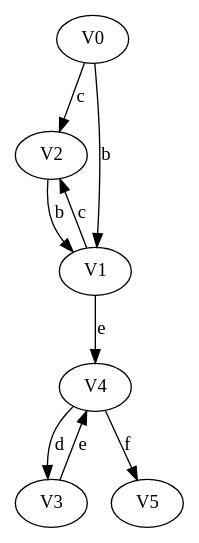
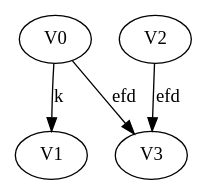
One commit to ermsharo/EP_GRAFO_PONDERADO changed the diagram in Grafo.dot. Above: the diagram before and after it, drawn with Graphviz. The commit also changed 3 other files, not shown here.

Commit message:
Finished to create graph from components

```diff
--- a/Grafo.dot
+++ b/Grafo.dot
@@ -1,11 +1,6 @@
 digraph{
-V0 -> V2[label=c]; 
- V0 -> V1[label=b]; 
- V1 -> V4[label=e]; 
- V1 -> V2[label=c]; 
- V2 -> V1[label=b]; 
- V3 -> V4[label=e]; 
- V4 -> V3[label=d]; 
- V4 -> V5[label=f]; 
+V0 -> V3[label=efd]; 
+ V0 -> V1[label=k]; 
+ V2 -> V3[label=efd]; 
   
 }
```
